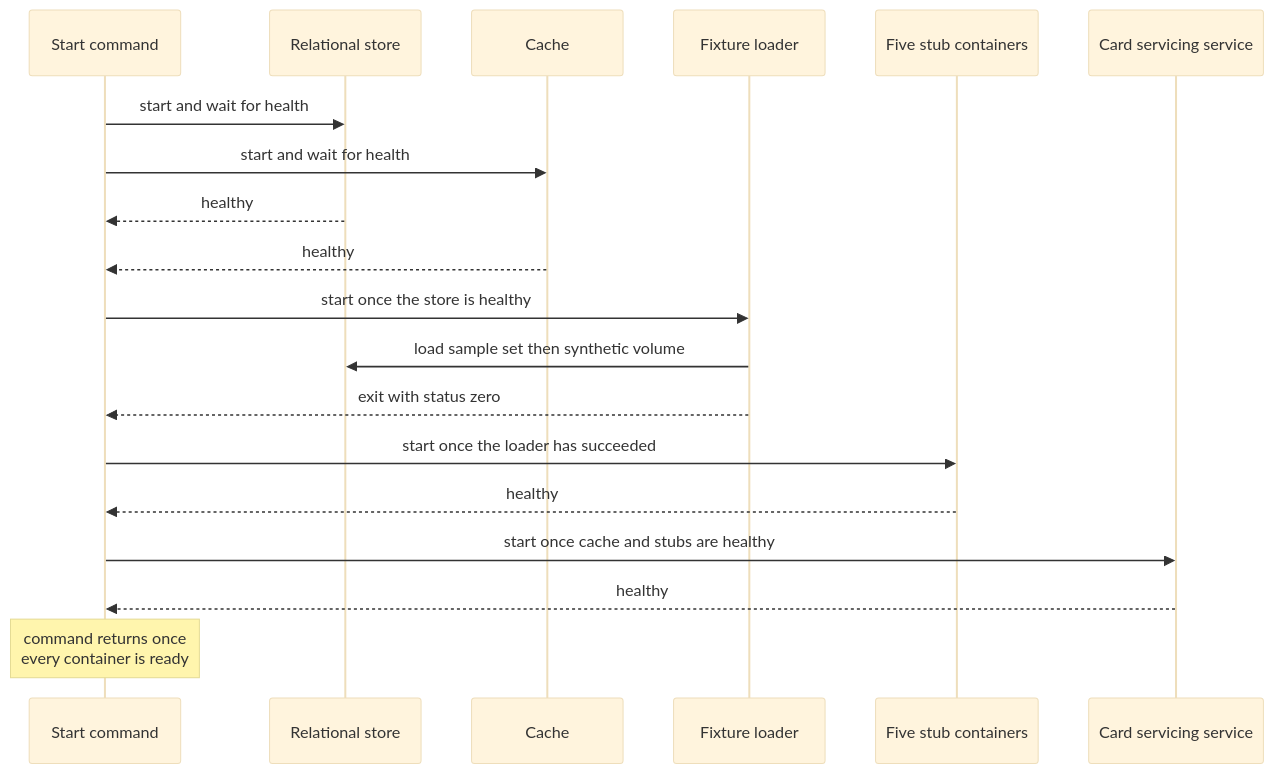
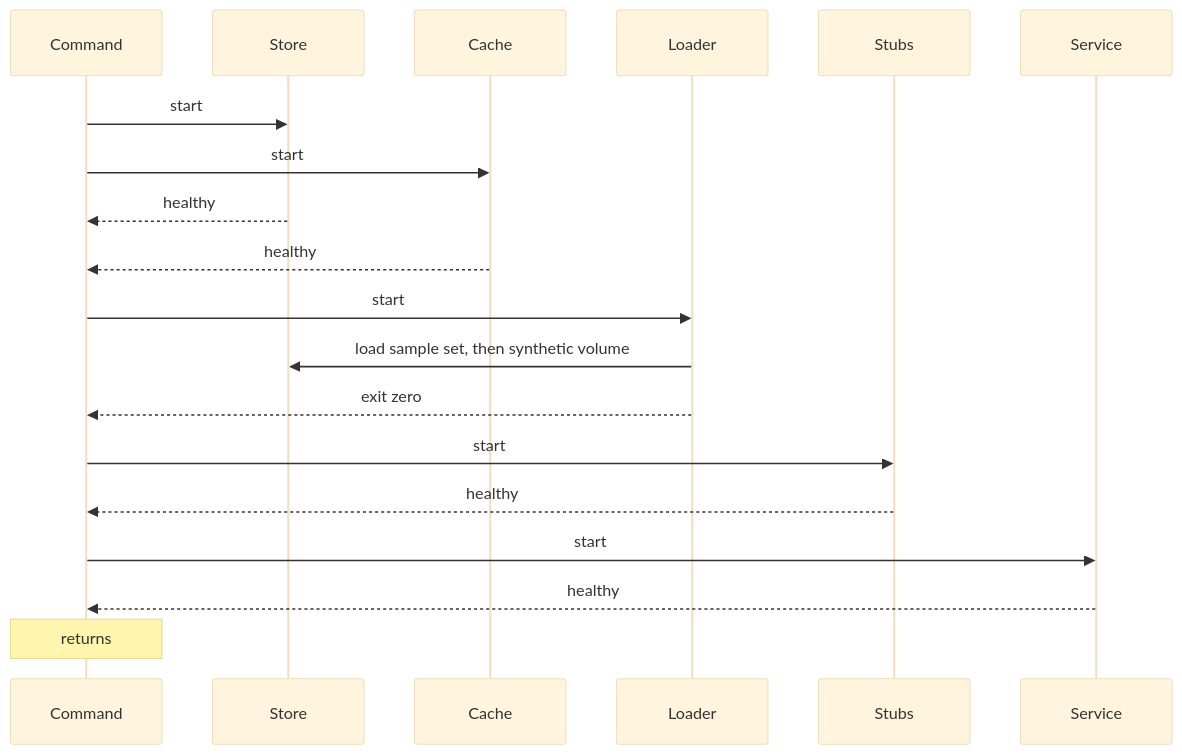
Before and after one commit to blitzy-public-samples/aws-carddemo-blitzy: the diagram in docs/backlog/epics/CS-01-account-balance-summary-view/stories/CS-01-001-compose-test-stack-with-stub-services.md, drawn with Mermaid (base theme). The commit also changed other lines of this file and 17 other files, not shown here.

````diff
--- a/docs/backlog/epics/CS-01-account-balance-summary-view/stories/CS-01-001-compose-test-stack-with-stub-services.md
+++ b/docs/backlog/epics/CS-01-account-balance-summary-view/stories/CS-01-001-compose-test-stack-with-stub-services.md
@@ -130,21 +132,16 @@
 ```mermaid
 sequenceDiagram
-    participant Start as Start command
-    participant Store as Relational store
-    participant Cache as Cache
-    participant Loader as Fixture loader
-    participant Stubs as Five stub containers
-    participant Service as Card servicing service
-    Start->>Store: start and wait for health
-    Start->>Cache: start and wait for health
-    Store-->>Start: healthy
-    Cache-->>Start: healthy
-    Start->>Loader: start once the store is healthy
-    Loader->>Store: load sample set then synthetic volume
-    Loader-->>Start: exit with status zero
-    Start->>Stubs: start once the loader has succeeded
-    Stubs-->>Start: healthy
-    Start->>Service: start once cache and stubs are healthy
-    Service-->>Start: healthy
-    Note over Start: command returns once<br/>every container is ready
+    participant Command
+    Command->>Store: start
+    Command->>Cache: start
+    Store-->>Command: healthy
+    Cache-->>Command: healthy
+    Command->>Loader: start
+    Loader->>Store: load sample set, then synthetic volume
+    Loader-->>Command: exit zero
+    Command->>Stubs: start
+    Stubs-->>Command: healthy
+    Command->>Service: start
+    Service-->>Command: healthy
+    Note over Command: returns
 ```
````
